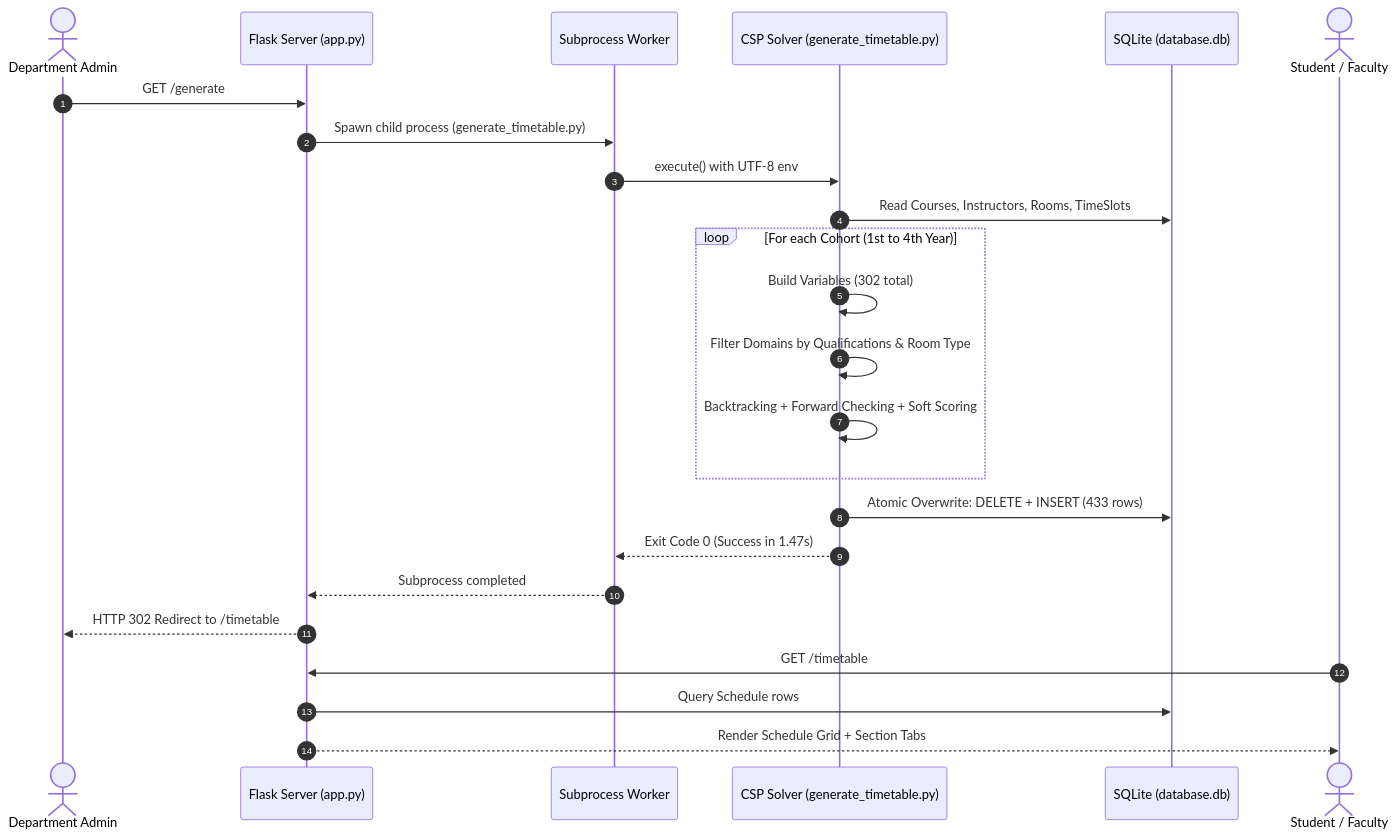
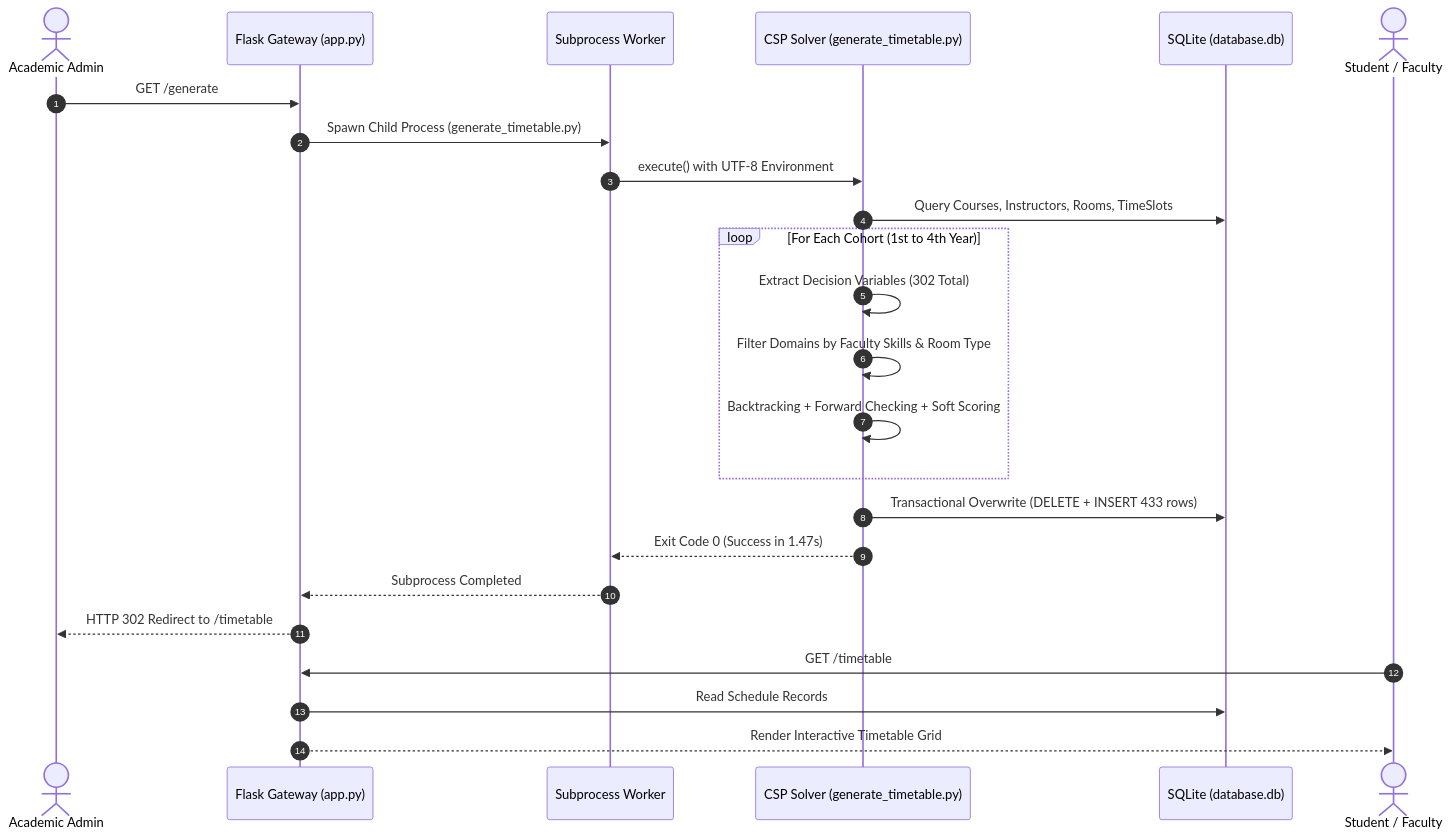
Before and after one commit to Mohamed-Abdelaty/AI-EJUST-Timetable-Creator: the second of 4 diagrams in README.md, drawn with Mermaid. The commit also changed other lines of this file, not shown here.

Commit message:
docs: overhaul README with GFM-compliant layout, ASCII charts, and E-JUST branding

````diff
--- a/README.md
+++ b/README.md
@@ -180,27 +177,27 @@
 ```mermaid
 sequenceDiagram
     autonumber
-    actor Admin as Department Admin
-    participant Web as Flask Server (app.py)
+    actor Admin as Academic Admin
+    participant Web as Flask Gateway (app.py)
     participant Worker as Subprocess Worker
     participant CSP as CSP Solver (generate_timetable.py)
     participant DB as SQLite (database.db)
     actor Student as Student / Faculty
 
     Admin->>Web: GET /generate
-    Web->>Worker: Spawn child process (generate_timetable.py)
-    Worker->>CSP: execute() with UTF-8 env
-    CSP->>DB: Read Courses, Instructors, Rooms, TimeSlots
-    loop For each Cohort (1st to 4th Year)
-        CSP->>CSP: Build Variables (302 total)
-        CSP->>CSP: Filter Domains by Qualifications & Room Type
+    Web->>Worker: Spawn Child Process (generate_timetable.py)
+    Worker->>CSP: execute() with UTF-8 Environment
+    CSP->>DB: Query Courses, Instructors, Rooms, TimeSlots
+    loop For Each Cohort (1st to 4th Year)
+        CSP->>CSP: Extract Decision Variables (302 Total)
+        CSP->>CSP: Filter Domains by Faculty Skills & Room Type
         CSP->>CSP: Backtracking + Forward Checking + Soft Scoring
     end
-    CSP->>DB: Atomic Overwrite: DELETE + INSERT (433 rows)
+    CSP->>DB: Transactional Overwrite (DELETE + INSERT 433 rows)
     CSP-->>Worker: Exit Code 0 (Success in 1.47s)
-    Worker-->>Web: Subprocess completed
+    Worker-->>Web: Subprocess Completed
     Web-->>Admin: HTTP 302 Redirect to /timetable
     Student->>Web: GET /timetable
-    Web->>DB: Query Schedule rows
-    Web-->>Student: Render Schedule Grid + Section Tabs
+    Web->>DB: Read Schedule Records
+    Web-->>Student: Render Interactive Timetable Grid
 ```
````
